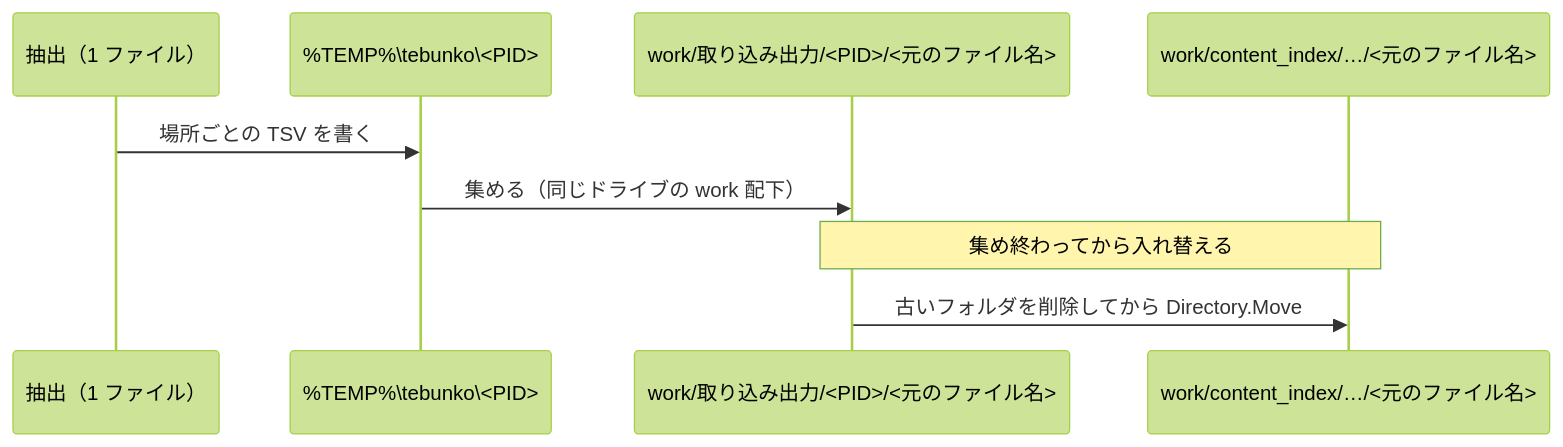
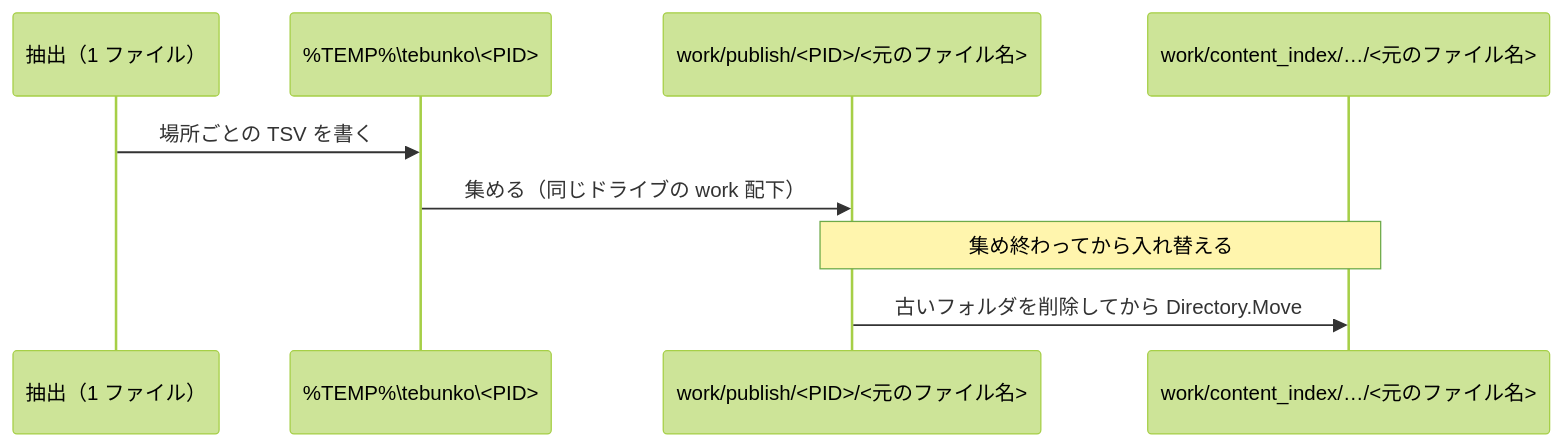
Before and after one commit to hsgwa/tebunko: the first of 3 diagrams in docs/design/index-data/publish.md, drawn with Mermaid (forest theme). The commit also changed other lines of this file and 38 other files, not shown here.

````diff
--- a/docs/design/index-data/publish.md
+++ b/docs/design/index-data/publish.md
@@ -9,12 +9,12 @@
 ```mermaid
 sequenceDiagram
     participant EX as 抽出（1 ファイル）
     participant TMP as %TEMP%\tebunko\<PID>
-    participant OUT as work/取り込み出力/<PID>/<元のファイル名>
+    participant OUT as work/publish/<PID>/<元のファイル名>
     participant IDX as work/content_index/…/<元のファイル名>
 
     EX->>TMP: 場所ごとの TSV を書く
     TMP->>OUT: 集める（同じドライブの work 配下）
     Note over OUT,IDX: 集め終わってから入れ替える
     OUT->>IDX: 古いフォルダを削除してから Directory.Move
 ```
````
